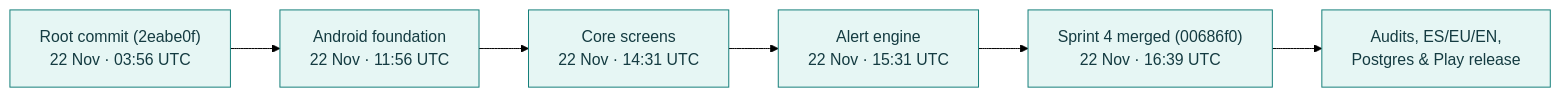
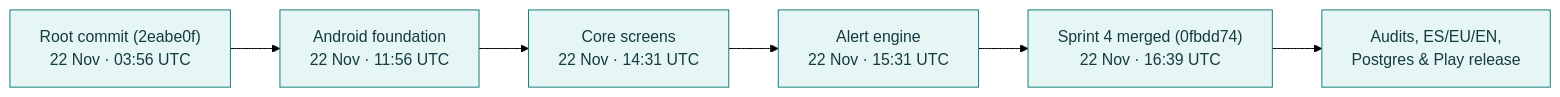
Before and after one commit to IkerGoni/bus-dbus: the first of 3 diagrams in README.md, drawn with Mermaid (forest theme). The commit also changed other lines of this file and 4 other files, not shown here.

````diff
--- a/README.md
+++ b/README.md
@@ -75,10 +75,10 @@
 ```mermaid
 flowchart LR
     A["Root commit (2eabe0f)<br/>22 Nov · 03:56 UTC"] --> B["Android foundation<br/>22 Nov · 11:56 UTC"]
     B --> C["Core screens<br/>22 Nov · 14:31 UTC"]
     C --> D["Alert engine<br/>22 Nov · 15:31 UTC"]
-    D --> E["Sprint 4 merged (00686f0)<br/>22 Nov · 16:39 UTC"]
+    D --> E["Sprint 4 merged (0fbdd74)<br/>22 Nov · 16:39 UTC"]
     E --> F["Audits, ES/EU/EN,<br/>Postgres & Play release"]
     classDef milestone fill:#e6f6f4,stroke:#147e79,color:#143b41;
     class A,B,C,D,E,F milestone;
 ```
````
